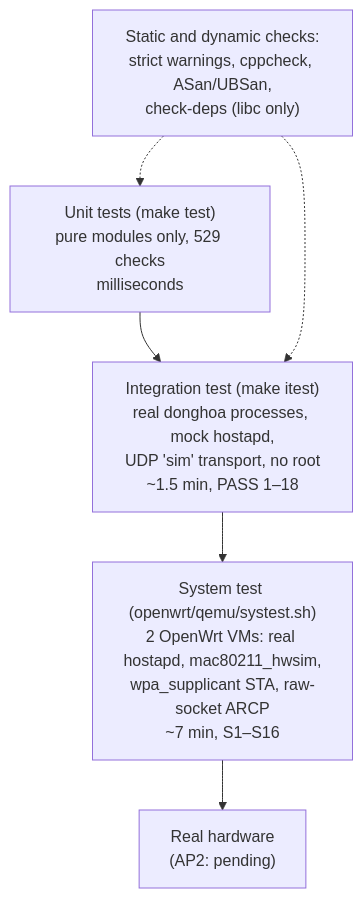
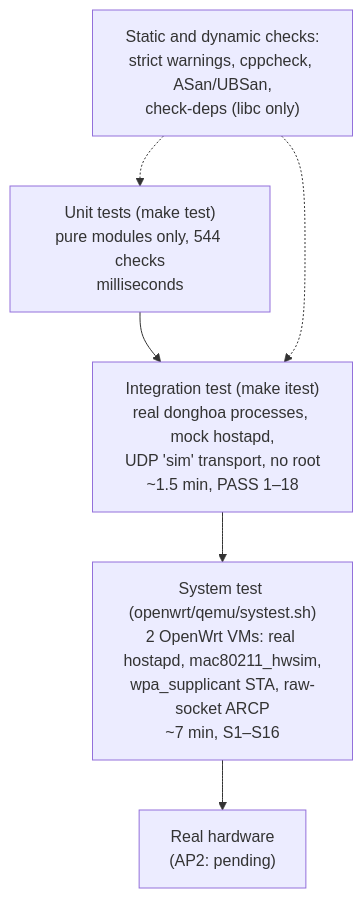
One commit to ducndc/DongHoa changed the diagram in docs/features/14-verification.md. Above: the diagram before and after it, drawn with Mermaid. The commit also changed other lines of this file and 12 other files, not shown here.

````diff
--- a/docs/features/14-verification.md
+++ b/docs/features/14-verification.md
@@ -9,8 +9,8 @@
 ```mermaid
 flowchart TB
-    U["Unit tests (make test)<br/>pure modules only, 529 checks<br/>milliseconds"] --> I["Integration test (make itest)<br/>real donghoa processes, mock hostapd,<br/>UDP 'sim' transport, no root<br/>~1.5 min, PASS 1–18"]
+    U["Unit tests (make test)<br/>pure modules only, 544 checks<br/>milliseconds"] --> I["Integration test (make itest)<br/>real donghoa processes, mock hostapd,<br/>UDP 'sim' transport, no root<br/>~1.5 min, PASS 1–18"]
     I --> Q["System test (openwrt/qemu/systest.sh)<br/>2 OpenWrt VMs: real hostapd, mac80211_hwsim,<br/>wpa_supplicant STA, raw-socket ARCP<br/>~7 min, S1–S16"]
     Q --> H["Real hardware<br/>(AP2: pending)"]
     S["Static and dynamic checks:<br/>strict warnings, cppcheck, ASan/UBSan,<br/>check-deps (libc only)"] -.-> U
     S -.-> I
 ```
````
